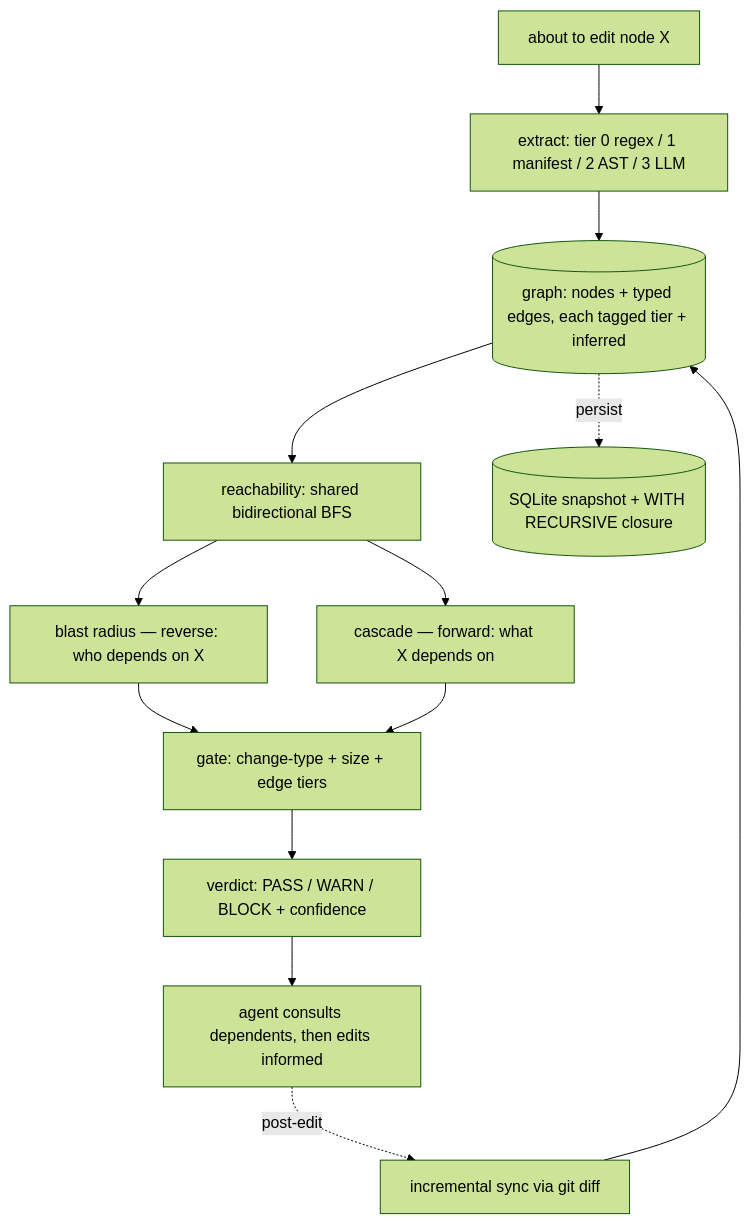
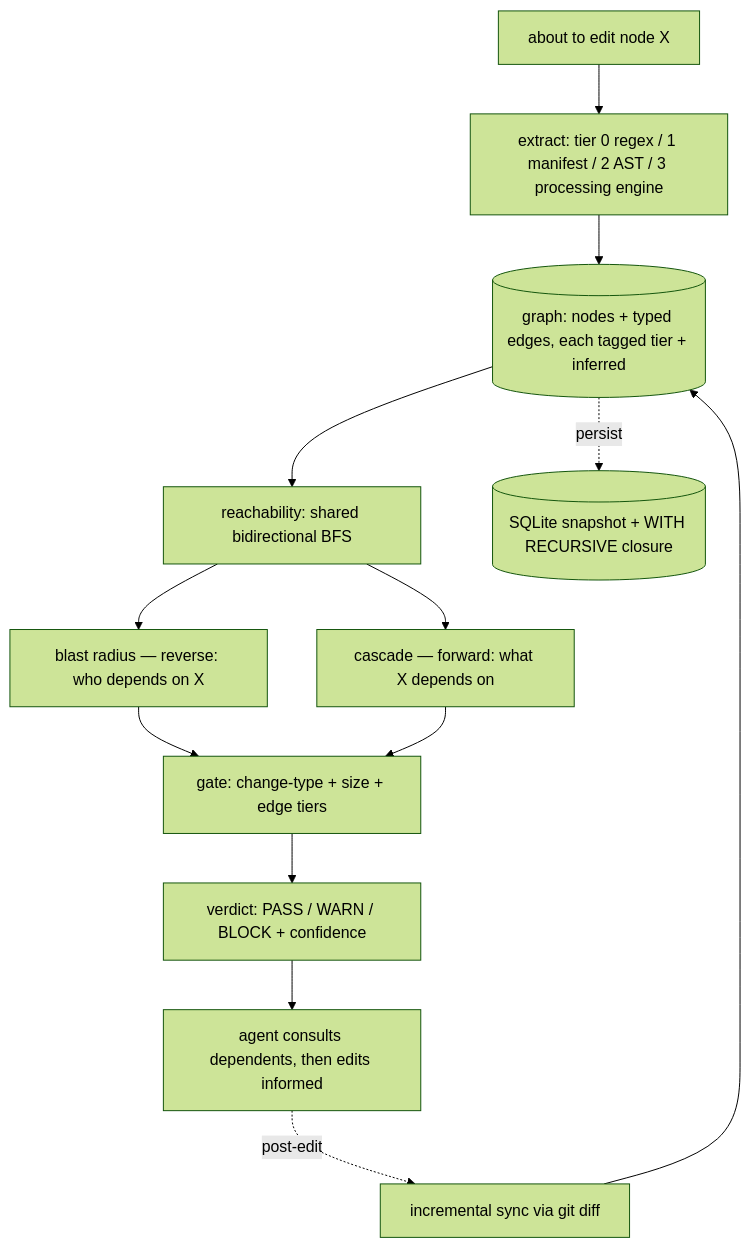
Before and after one commit to G10DC/trellis: the diagram in ARCHITECTURE.md, drawn with Mermaid (forest theme). The commit also changed other lines of this file and 16 other files, not shown here.

````diff
--- a/ARCHITECTURE.md
+++ b/ARCHITECTURE.md
@@ -8,15 +8,15 @@
 ```mermaid
 flowchart TD
-  A[about to edit node X] --> B[extract: tier 0 regex / 1 manifest / 2 AST / 3 LLM]
+  A[about to edit node X] --> B[extract: tier 0 regex / 1 manifest / 2 AST / 3 processing engine]
   B --> G[(graph: nodes + typed edges, each tagged tier + inferred)]
   G --> R[reachability: shared bidirectional BFS]
   R --> BL[blast radius — reverse: who depends on X]
   R --> CA[cascade — forward: what X depends on]
   BL --> GT[gate: change-type + size + edge tiers]
   CA --> GT
   GT --> V[verdict: PASS / WARN / BLOCK + confidence]
   V --> AGENT[agent consults dependents, then edits informed]
   G -.persist.-> SQLite[(SQLite snapshot + WITH RECURSIVE closure)]
   AGENT -.post-edit.-> SYNC[incremental sync via git diff]
   SYNC --> G
 ```
````
